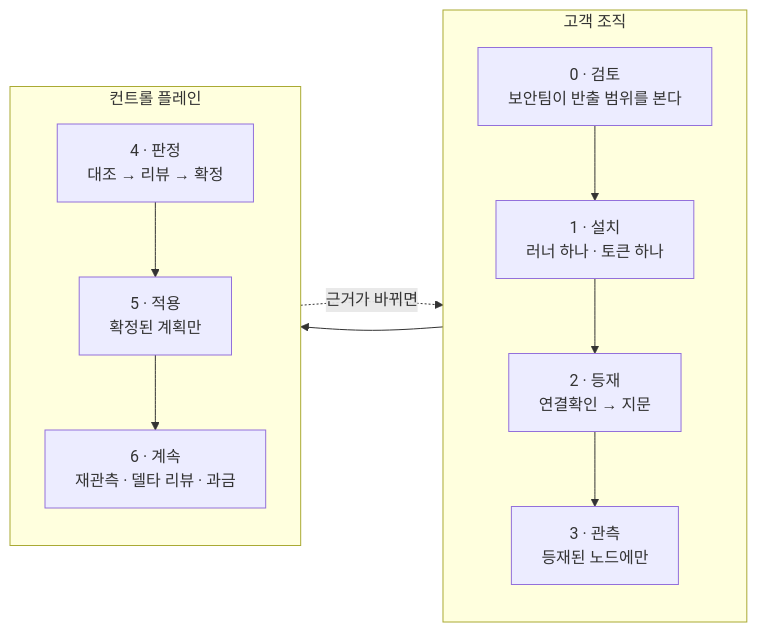
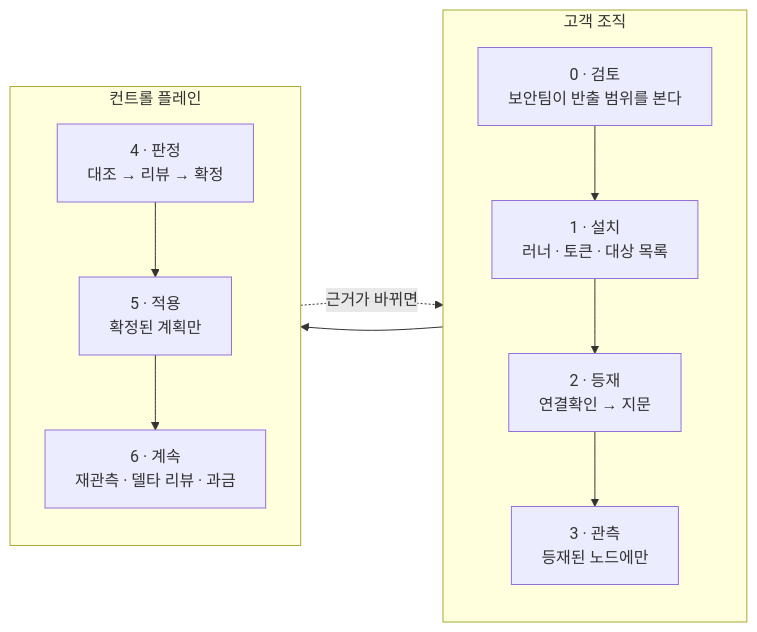
The first of 5 diagrams in saas/journey.md (sntsoftgit/pqcaton), drawn with Mermaid before and after one commit. The commit also changed other lines of this file, not shown here.

````diff
--- a/saas/journey.md
+++ b/saas/journey.md
@@ -26,18 +26,18 @@
 ```mermaid
 flowchart LR
     subgraph 고객["고객 조직"]
         direction TB
         A["0 · 검토<br/>보안팀이 반출 범위를 본다"]
-        B["1 · 설치<br/>러너 하나 · 토큰 하나"]
+        B["1 · 설치<br/>러너 · 토큰 · 대상 목록"]
         C["2 · 등재<br/>연결확인 → 지문"]
         D["3 · 관측<br/>등재된 노드에만"]
     end
     subgraph 우리["컨트롤 플레인"]
         direction TB
         E["4 · 판정<br/>대조 → 리뷰 → 확정"]
         F["5 · 적용<br/>확정된 계획만"]
         G["6 · 계속<br/>재관측 · 델타 리뷰 · 과금"]
     end
     A --> B --> C --> D --> E --> F --> G
     G -. 근거가 바뀌면 .-> D
 ```
````
